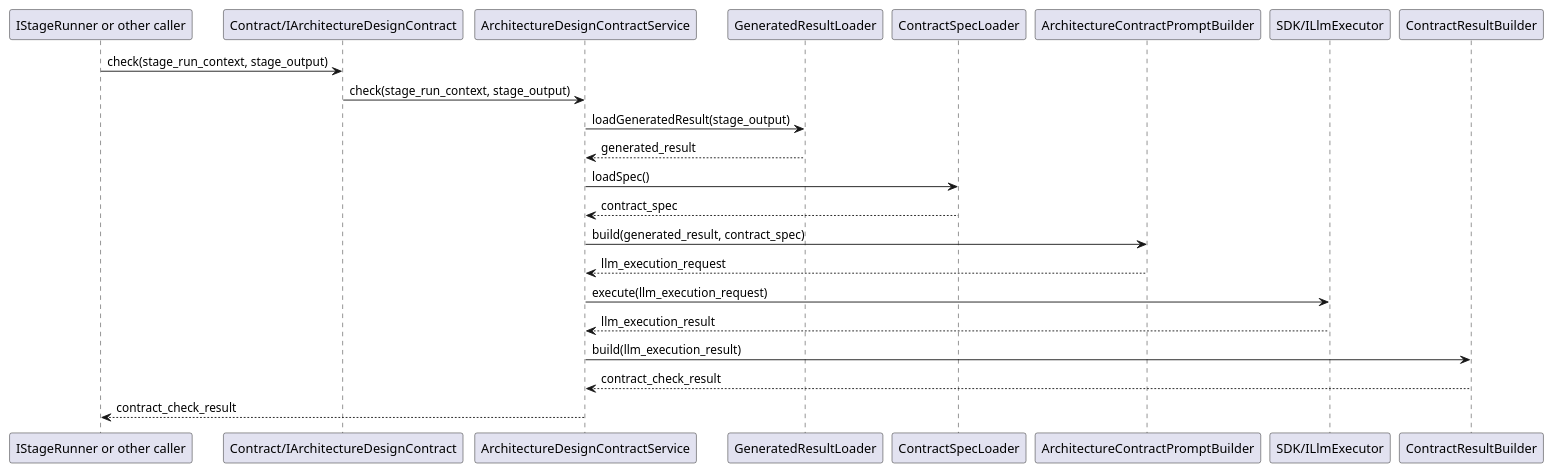
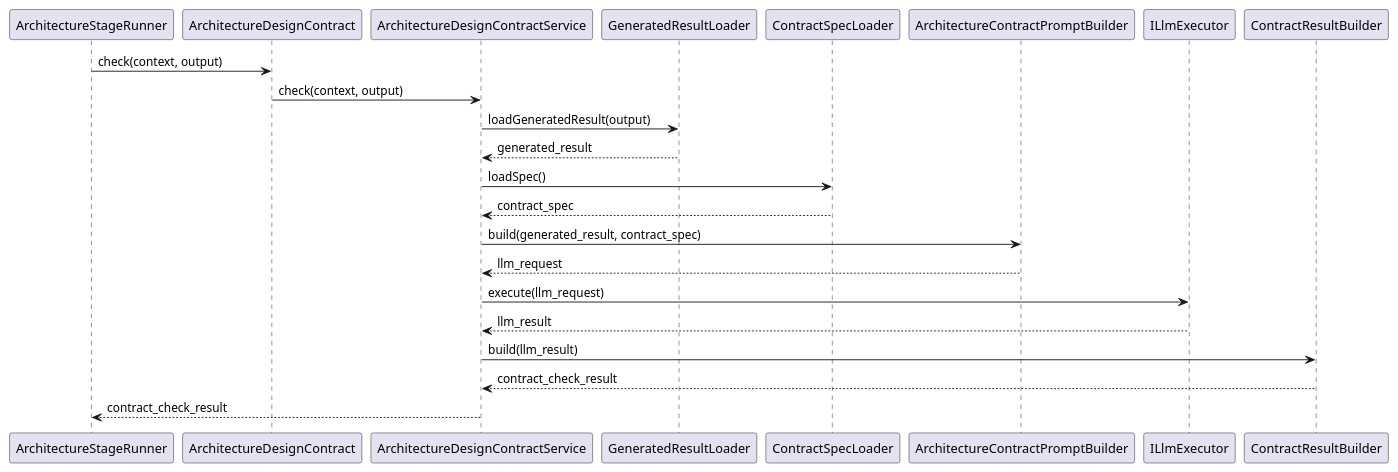
Before and after one commit to lucky-chen/ai_workflow_travel: the second of 2 diagrams in meta_layer/docs/design_docs/Contract/ArchitectureDesignContract.md, drawn with PlantUML. The commit also changed other lines of this file and 7 other files, not shown here.

First line of the commit message:
[AI] gpt-5.4: unify document stage contract design

````diff
--- a/meta_layer/docs/design_docs/Contract/ArchitectureDesignContract.md
+++ b/meta_layer/docs/design_docs/Contract/ArchitectureDesignContract.md
@@ -156,26 +89,26 @@
 ```plantuml
 @startuml
-participant Caller as "IStageRunner or other caller"
-participant IArchitectureDesignContract as "Contract/IArchitectureDesignContract"
+participant ArchitectureStageRunner
+participant ArchitectureDesignContract
 participant ArchitectureDesignContractService
 participant GeneratedResultLoader
 participant ContractSpecLoader
 participant ArchitectureContractPromptBuilder
-participant ILlmExecutor as "SDK/ILlmExecutor"
+participant ILlmExecutor
 participant ContractResultBuilder
 
-Caller -> IArchitectureDesignContract: check(stage_run_context, stage_output)
-IArchitectureDesignContract -> ArchitectureDesignContractService: check(stage_run_context, stage_output)
-ArchitectureDesignContractService -> GeneratedResultLoader: loadGeneratedResult(stage_output)
+ArchitectureStageRunner -> ArchitectureDesignContract: check(context, output)
+ArchitectureDesignContract -> ArchitectureDesignContractService: check(context, output)
+ArchitectureDesignContractService -> GeneratedResultLoader: loadGeneratedResult(output)
 GeneratedResultLoader --> ArchitectureDesignContractService: generated_result
 ArchitectureDesignContractService -> ContractSpecLoader: loadSpec()
 ContractSpecLoader --> ArchitectureDesignContractService: contract_spec
 ArchitectureDesignContractService -> ArchitectureContractPromptBuilder: build(generated_result, contract_spec)
-ArchitectureContractPromptBuilder --> ArchitectureDesignContractService: llm_execution_request
-ArchitectureDesignContractService -> ILlmExecutor: execute(llm_execution_request)
-ILlmExecutor --> ArchitectureDesignContractService: llm_execution_result
-ArchitectureDesignContractService -> ContractResultBuilder: build(llm_execution_result)
+ArchitectureContractPromptBuilder --> ArchitectureDesignContractService: llm_request
+ArchitectureDesignContractService -> ILlmExecutor: execute(llm_request)
+ILlmExecutor --> ArchitectureDesignContractService: llm_result
+ArchitectureDesignContractService -> ContractResultBuilder: build(llm_result)
 ContractResultBuilder --> ArchitectureDesignContractService: contract_check_result
-ArchitectureDesignContractService --> Caller: contract_check_result
+ArchitectureDesignContractService --> ArchitectureStageRunner: contract_check_result
 @enduml
 ```
````
